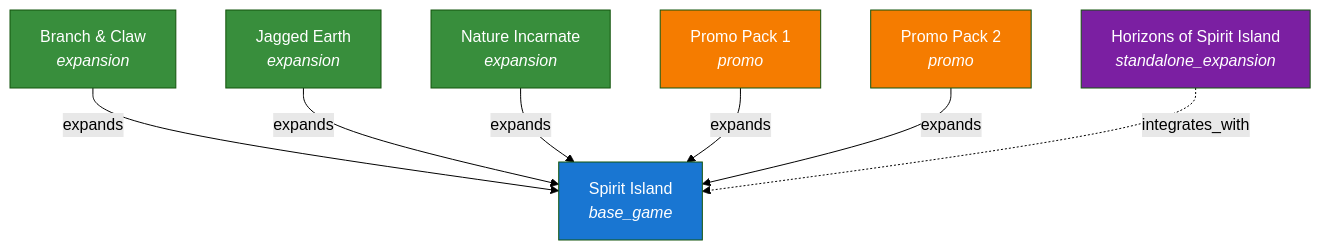
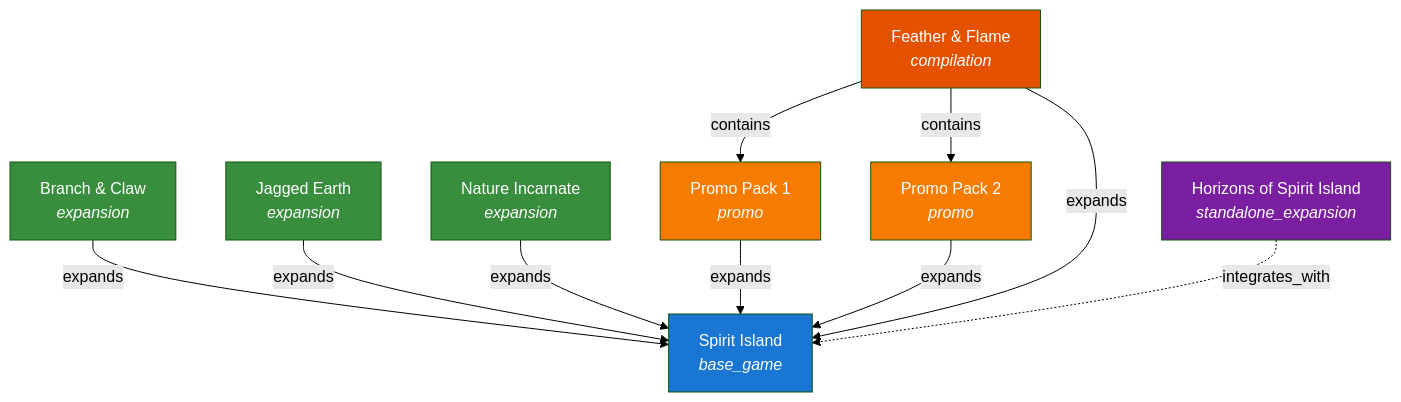
The first of 2 diagrams in docs/src/pillars/data-model/relationships.md (tabletop-commons/OpenTabletop), drawn with Mermaid (forest theme) before and after one commit. The commit also changed other lines of this file and 68 other files, not shown here.

````diff
--- a/docs/src/pillars/data-model/relationships.md
+++ b/docs/src/pillars/data-model/relationships.md
@@ -39,28 +39,33 @@
 ```mermaid
 flowchart TD
     SI["Spirit Island<br/><i>base_game</i>"]
 
     BC["Branch & Claw<br/><i>expansion</i>"]
     JE["Jagged Earth<br/><i>expansion</i>"]
     NI["Nature Incarnate<br/><i>expansion</i>"]
     HSI["Horizons of Spirit Island<br/><i>standalone_expansion</i>"]
 
     P1["Promo Pack 1<br/><i>promo</i>"]
     P2["Promo Pack 2<br/><i>promo</i>"]
+    FF["Feather & Flame<br/><i>compilation</i>"]
 
     BC -->|expands| SI
     JE -->|expands| SI
     NI -->|expands| SI
     P1 -->|expands| SI
     P2 -->|expands| SI
+    FF -->|expands| SI
+    FF -->|contains| P1
+    FF -->|contains| P2
 
     HSI -.->|integrates_with| SI
 
     style SI fill:#1976d2,color:#fff
     style HSI fill:#7b1fa2,color:#fff
     style BC fill:#388e3c,color:#fff
     style JE fill:#388e3c,color:#fff
     style NI fill:#388e3c,color:#fff
     style P1 fill:#f57c00,color:#fff
     style P2 fill:#f57c00,color:#fff
+    style FF fill:#e65100,color:#fff
 ```
````
